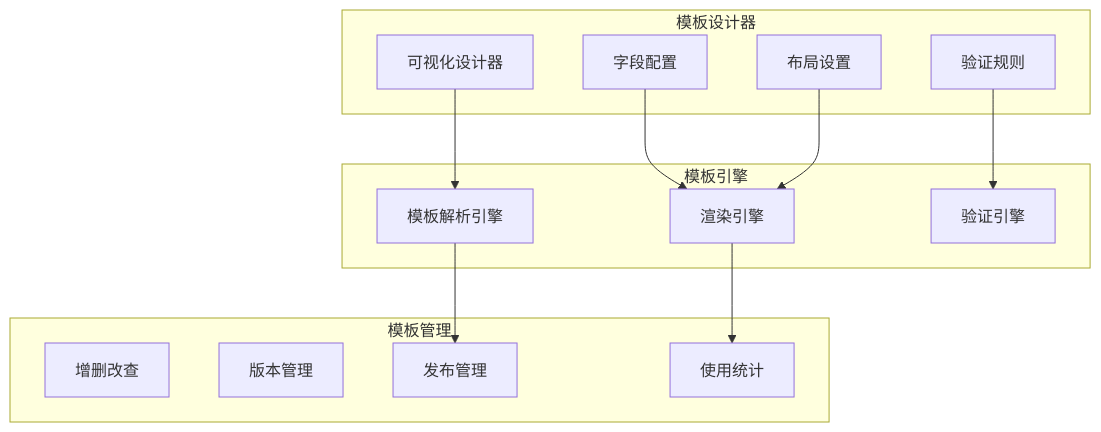
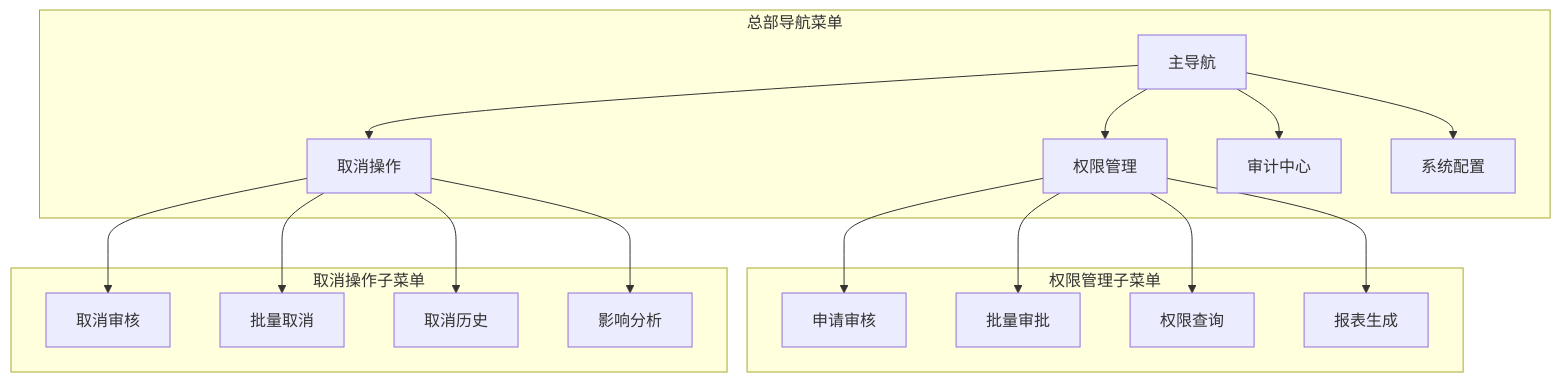
One commit to chinak/permission_apply changed the tenth of 12 diagrams in .qoder/repowiki/zh/content/交易权限申请模块/交易权限申请模块.md. Above: the diagram before and after it, drawn with Mermaid. The commit also changed other lines of this file and 43 other files, not shown here.

````diff
--- a/.qoder/repowiki/zh/content/交易权限申请模块/交易权限申请模块.md
+++ b/.qoder/repowiki/zh/content/交易权限申请模块/交易权限申请模块.md
@@ -423,26 +476,34 @@
 ```mermaid
 graph TB
-subgraph "模板设计器"
-Designer[可视化设计器]
-Fields[字段配置]
-Rules[验证规则]
-Layout[布局设置]
+subgraph "总部导航菜单"
+MainNav[主导航]
+PermManagement[权限管理]
+CancelOps[取消操作]
+AuditCenter[审计中心]
+SystemConfig[系统配置]
 end
-subgraph "模板引擎"
-Engine[模板解析引擎]
-Renderer[渲染引擎]
-Validator[验证引擎]
+subgraph "权限管理子菜单"
+ApplyReview[申请审核]
+BatchApprove[批量审批]
+PermissionQuery[权限查询]
+ReportGeneration[报表生成]
 end
-subgraph "模板管理"
-CRUD[增删改查]
-Versioning[版本管理]
-Publishing[发布管理]
-Analytics[使用统计]
+subgraph "取消操作子菜单"
+CancelReview[取消审核]
+BatchCancel[批量取消]
+CancelHistory[取消历史]
+ImpactAnalysis[影响分析]
 end
-Designer --> Engine
-Fields --> Renderer
-Rules --> Validator
-Layout --> Renderer
-Engine --> Publishing
-Renderer --> Analytics
+MainNav --> PermManagement
+MainNav --> CancelOps
+MainNav --> AuditCenter
+MainNav --> SystemConfig
+PermManagement --> ApplyReview
+PermManagement --> BatchApprove
+PermManagement --> PermissionQuery
+PermManagement --> ReportGeneration
+CancelOps --> CancelReview
+CancelOps --> BatchCancel
+CancelOps --> CancelHistory
+CancelOps --> ImpactAnalysis
 ```
````
